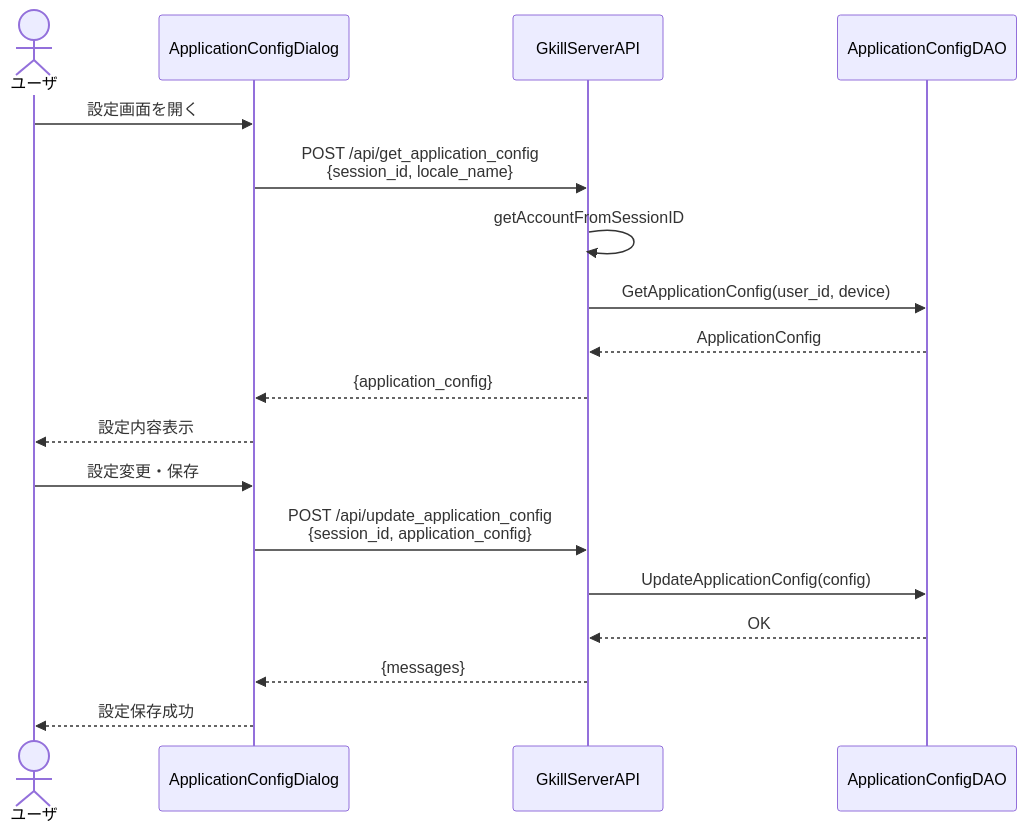
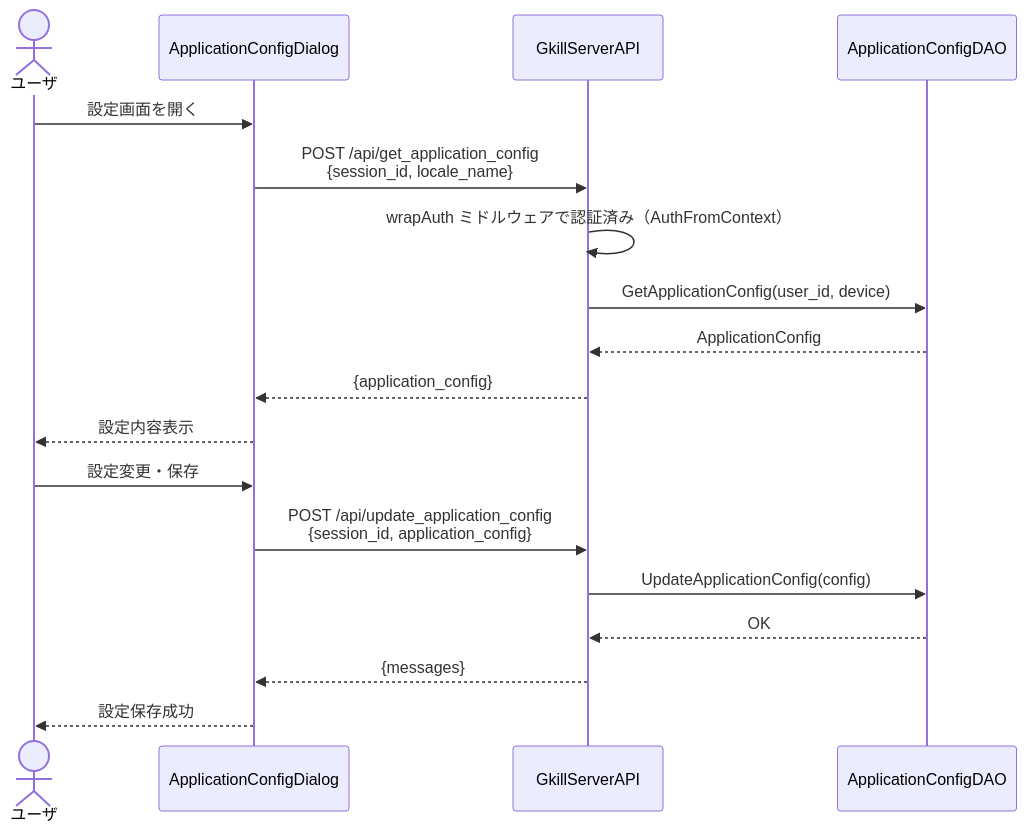
One commit to mt3hr/gkill changed diagram 11 of 28 in documents/reverse/sequence-diagrams.md. Above: the diagram before and after it, drawn with Mermaid. The commit also changed other lines of this file and 146 other files, not shown here.

````diff
--- a/documents/reverse/sequence-diagrams.md
+++ b/documents/reverse/sequence-diagrams.md
@@ -280,22 +291,22 @@
 ```mermaid
 sequenceDiagram
     actor User as ユーザ
     participant UI as ApplicationConfigDialog
     participant API as GkillServerAPI
     participant AppConfigDAO as ApplicationConfigDAO
 
     User->>UI: 設定画面を開く
     UI->>API: POST /api/get_application_config<br>{session_id, locale_name}
-    API->>API: getAccountFromSessionID
+    API->>API: wrapAuth ミドルウェアで認証済み（AuthFromContext）
     API->>AppConfigDAO: GetApplicationConfig(user_id, device)
     AppConfigDAO-->>API: ApplicationConfig
     API-->>UI: {application_config}
     UI-->>User: 設定内容表示
 
     User->>UI: 設定変更・保存
     UI->>API: POST /api/update_application_config<br>{session_id, application_config}
     API->>AppConfigDAO: UpdateApplicationConfig(config)
     AppConfigDAO-->>API: OK
     API-->>UI: {messages}
     UI-->>User: 設定保存成功
 ```
````
